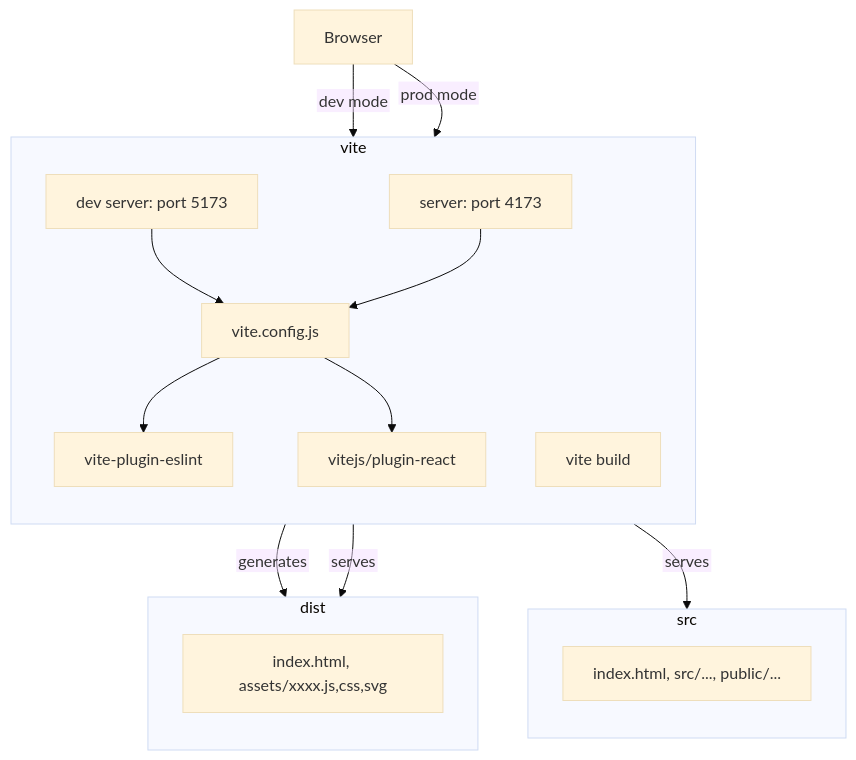
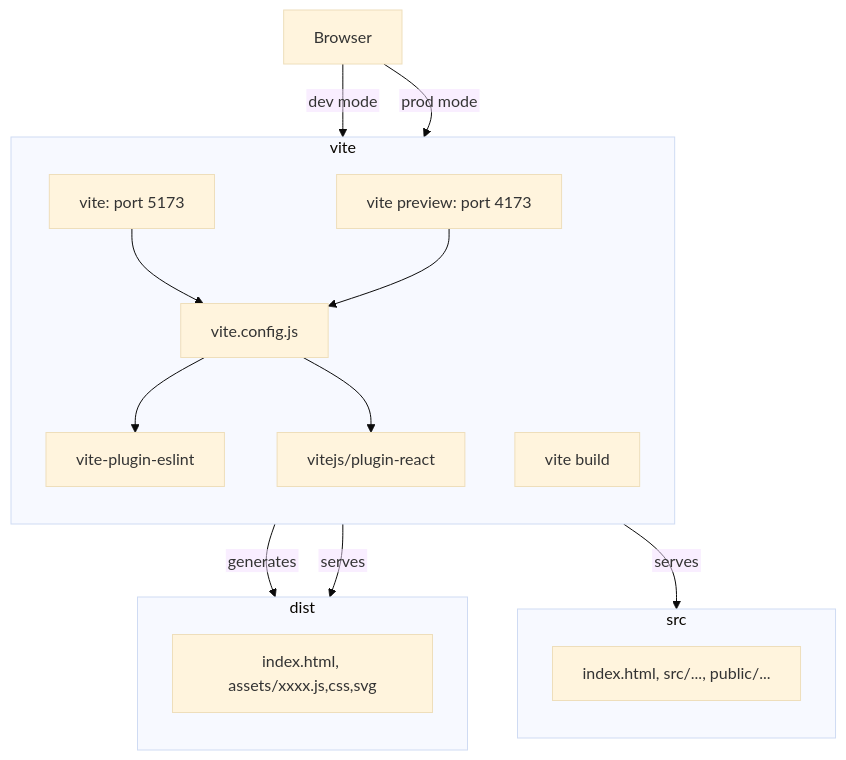
The diagram in README.md (zen-code-symphony/reactconcepts), drawn with Mermaid (base theme) before and after one commit.

Commit message:
docs: updated dia.

````diff
--- a/README.md
+++ b/README.md
@@ -3,25 +3,25 @@
 ```mermaid
 %%{init: {"flowchart": {"htmlLabels": false}} }%%
 flowchart TB
     subgraph vite
         direction TB
-        viteserver[dev server: port 5173] --> viteconfig[vite.config.js]
-        vitepreview[server: port 4173] --> viteconfig
+        viteserver[vite: port 5173] --> viteconfig[vite.config.js]
+        vitepreview[vite preview: port 4173] --> viteconfig
         viteconfig --> viteplugineslint[vite-plugin-eslint]
         viteconfig --> vitejspluginreact[vitejs/plugin-react]
         vitebuild[vite build]
     end
     subgraph dist
         direction TB
         index.html1[index.html, assets/xxxx.js,css,svg]
     end
     subgraph src
         direction TB
         index.html2[index.html, src/..., public/...]
     end
     vitebuild --generates--> dist
     vitepreview --serves--> dist
     viteserver --serves --> src
     Browser --dev mode--> viteserver
     Browser --prod mode--> vitepreview
 ```
````
